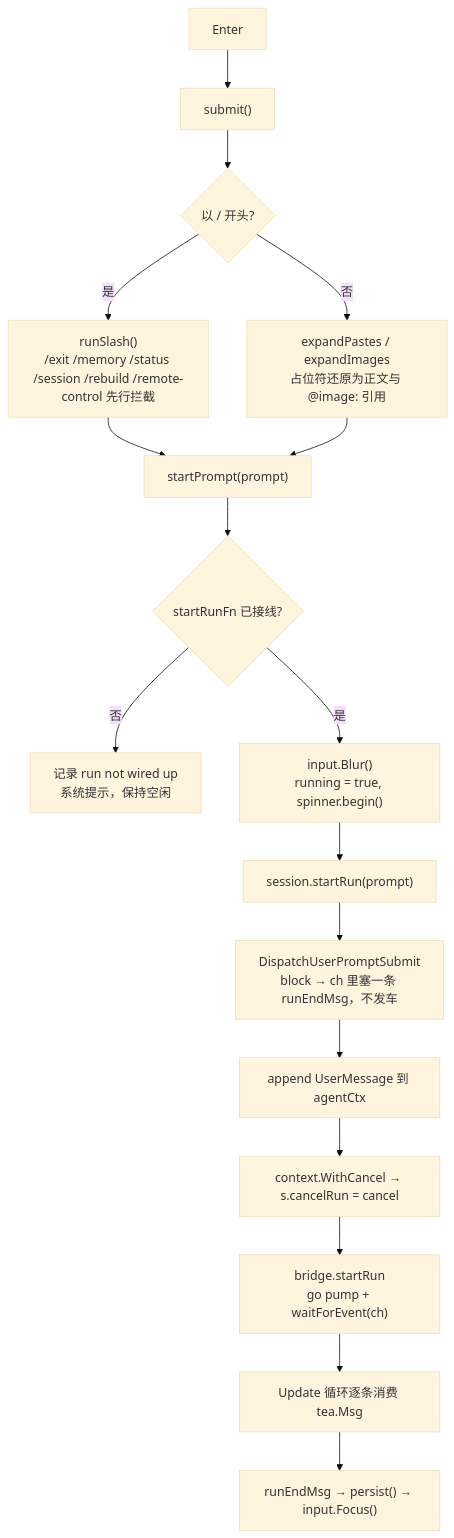
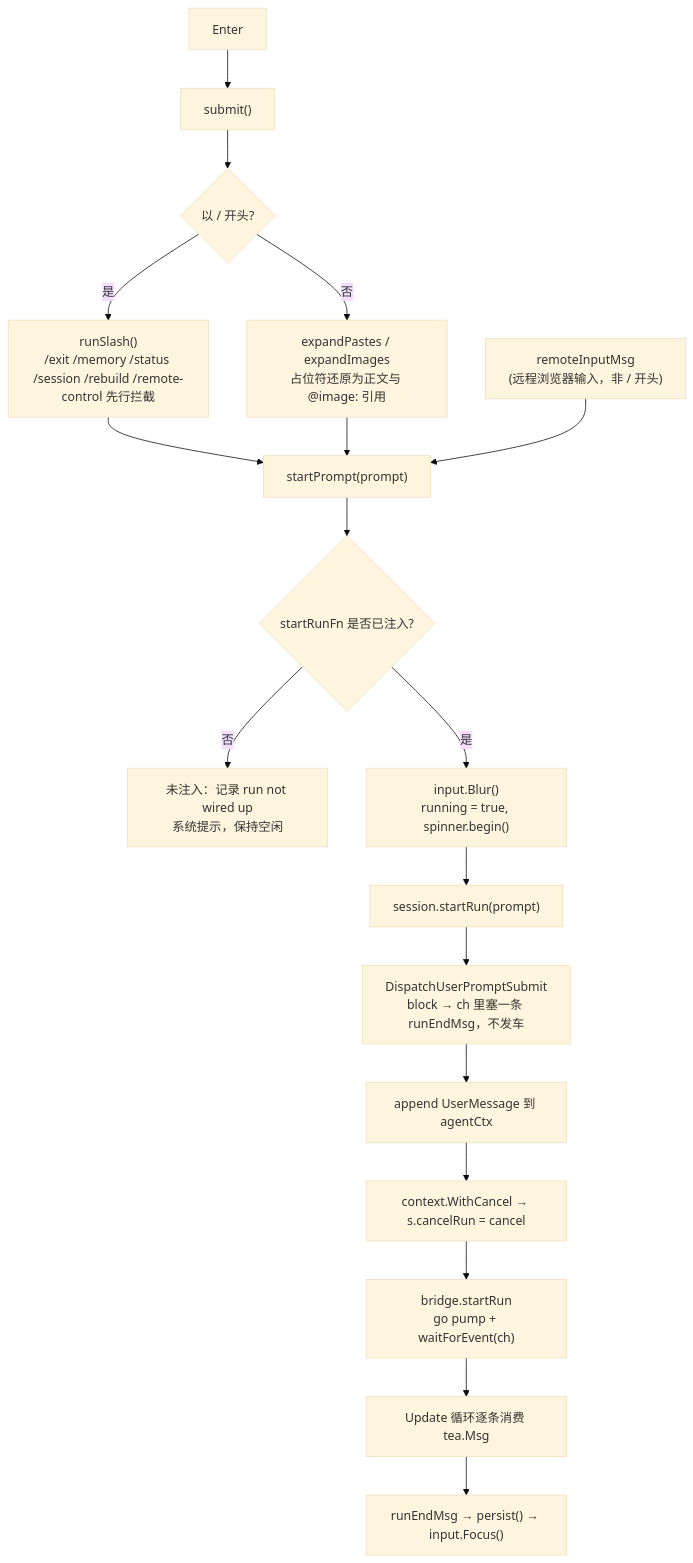
Before and after one commit to stormZhu/pigo: the third of 4 diagrams in study/全屏TUI事件桥与MVU生命周期设计.md, drawn with Mermaid (base theme). The commit also changed other lines of this file, not shown here.

````diff
--- a/study/全屏TUI事件桥与MVU生命周期设计.md
+++ b/study/全屏TUI事件桥与MVU生命周期设计.md
@@ -207,19 +280,20 @@
 ```mermaid
 flowchart TD
     A["Enter"] --> B["submit()"]
     B --> C{"以 / 开头?"}
     C -->|是| D["runSlash()<br/>/exit /memory /status /session /rebuild /remote-control 先行拦截"]
     C -->|否| E["expandPastes / expandImages<br/>占位符还原为正文与 @image: 引用"]
     D --> F["startPrompt(prompt)"]
     E --> F
-    F --> G{"startRunFn 已接线?"}
-    G -->|否| H["记录 run not wired up<br/>系统提示，保持空闲"]
+    R["remoteInputMsg<br/>(远程浏览器输入，非 / 开头)"] --> F
+    F --> G{"startRunFn 是否已注入?"}
+    G -->|否| H["未注入：记录 run not wired up<br/>系统提示，保持空闲"]
     G -->|是| I["input.Blur()<br/>running = true, spinner.begin()"]
     I --> J["session.startRun(prompt)"]
     J --> K["DispatchUserPromptSubmit<br/>block → ch 里塞一条 runEndMsg，不发车"]
     K --> L["append UserMessage 到 agentCtx"]
     L --> M["context.WithCancel → s.cancelRun = cancel"]
     M --> N["bridge.startRun<br/>go pump + waitForEvent(ch)"]
     N --> O["Update 循环逐条消费 tea.Msg"]
     O --> P["runEndMsg → persist() → input.Focus()"]
 ```
````
